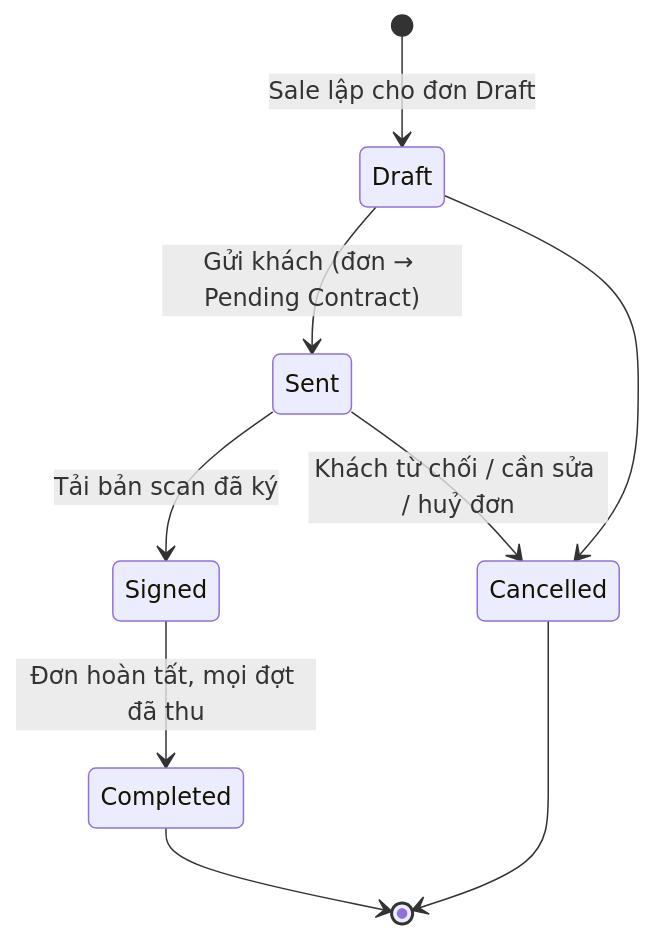
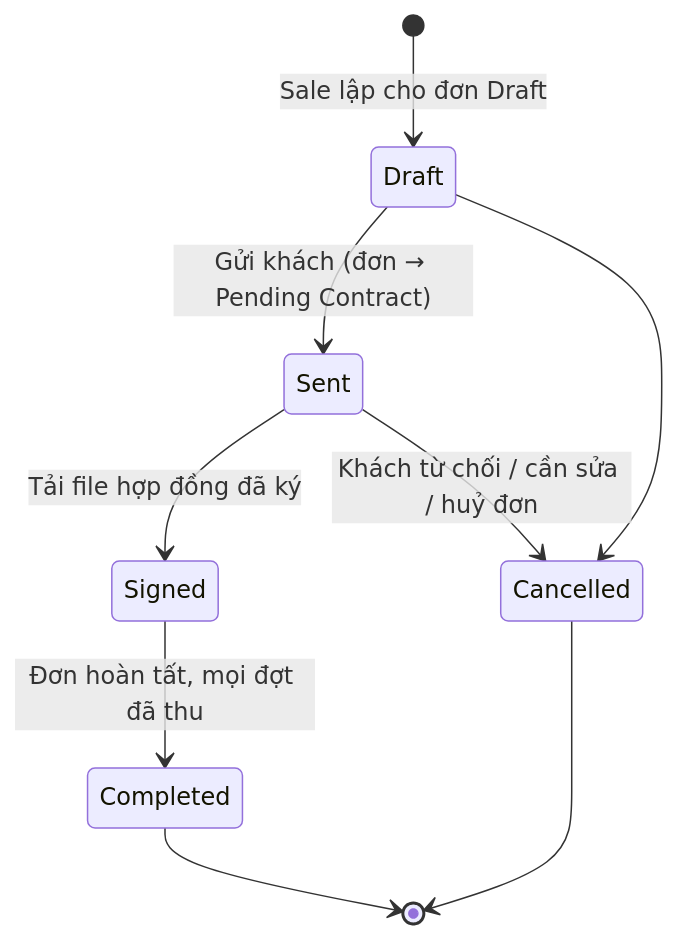
Before and after one commit to KLTN-FA26/docs: the second of 3 diagrams in docs/ecommerce/14-cart-and-order/README.md, drawn with Mermaid. The commit also changed other lines of this file and 16 other files, not shown here.

````diff
--- a/docs/ecommerce/14-cart-and-order/README.md
+++ b/docs/ecommerce/14-cart-and-order/README.md
@@ -195,11 +195,11 @@
 ```mermaid
 stateDiagram-v2
     [*] --> Draft: Sale lập cho đơn Draft
     Draft --> Sent: Gửi khách (đơn → Pending Contract)
-    Sent --> Signed: Tải bản scan đã ký
+    Sent --> Signed: Tải file hợp đồng đã ký
     Signed --> Completed: Đơn hoàn tất, mọi đợt đã thu
     Draft --> Cancelled
     Sent --> Cancelled: Khách từ chối / cần sửa / huỷ đơn
     Completed --> [*]
     Cancelled --> [*]
 ```
````
